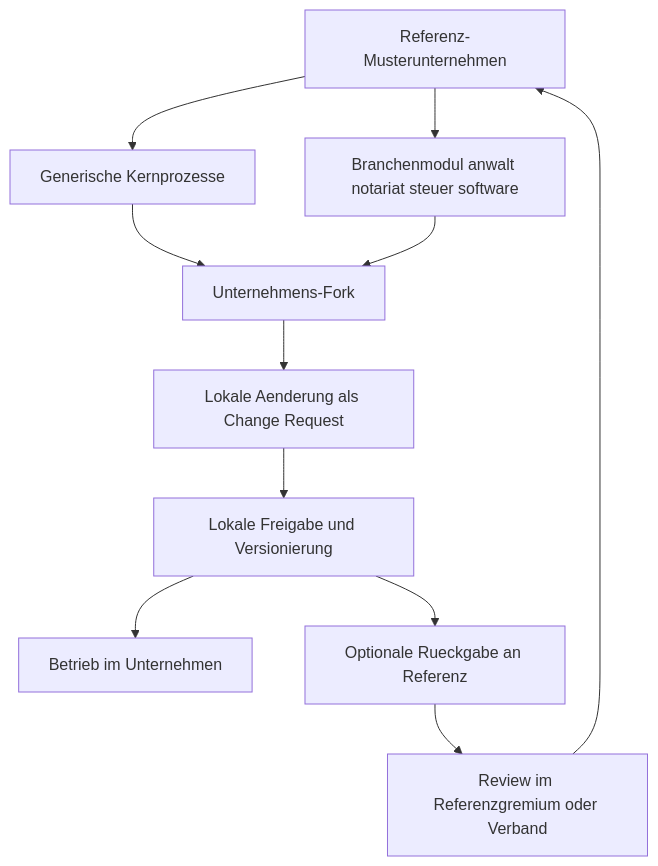
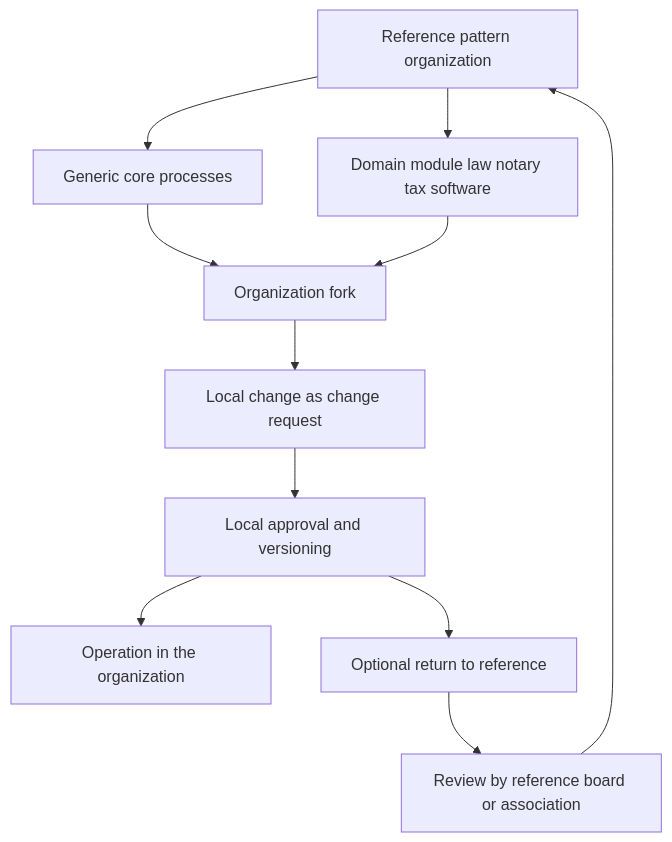
The fourth of 4 diagrams in docs/en/architecture.md (notariat8/NaC), drawn with Mermaid before and after one commit. The commit also changed other lines of this file and 67 other files, not shown here.

````diff
--- a/docs/en/architecture.md
+++ b/docs/en/architecture.md
@@ -93,13 +97,13 @@
 ```mermaid
 flowchart TD
-    RefModel["Referenz-Musterunternehmen"] --> BranchPack["Branchenmodul anwalt notariat steuer software"]
-    RefModel --> GenericPack["Generische Kernprozesse"]
-    GenericPack --> CompanyFork["Unternehmens-Fork"]
+    RefModel["Reference pattern organization"] --> BranchPack["Domain module law notary tax software"]
+    RefModel --> GenericPack["Generic core processes"]
+    GenericPack --> CompanyFork["Organization fork"]
     BranchPack --> CompanyFork
-    CompanyFork --> LocalChange["Lokale Aenderung als Change Request"]
-    LocalChange --> LocalApprove["Lokale Freigabe und Versionierung"]
-    LocalApprove --> CompanyRun["Betrieb im Unternehmen"]
-    LocalApprove --> UpstreamProposal["Optionale Rueckgabe an Referenz"]
-    UpstreamProposal --> RefReview["Review im Referenzgremium oder Verband"]
+    CompanyFork --> LocalChange["Local change as change request"]
+    LocalChange --> LocalApprove["Local approval and versioning"]
+    LocalApprove --> CompanyRun["Operation in the organization"]
+    LocalApprove --> UpstreamProposal["Optional return to reference"]
+    UpstreamProposal --> RefReview["Review by reference board or association"]
     RefReview --> RefModel
 ```
````
